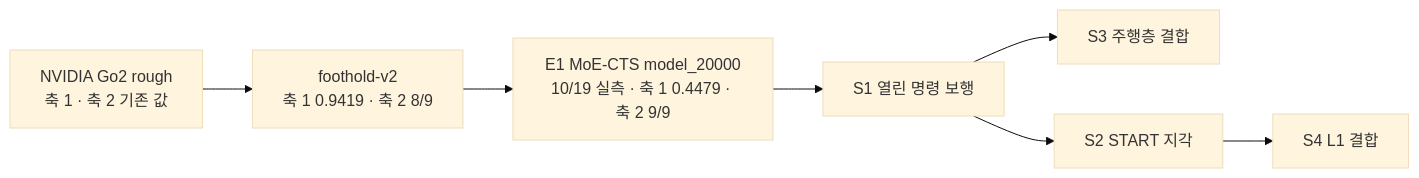
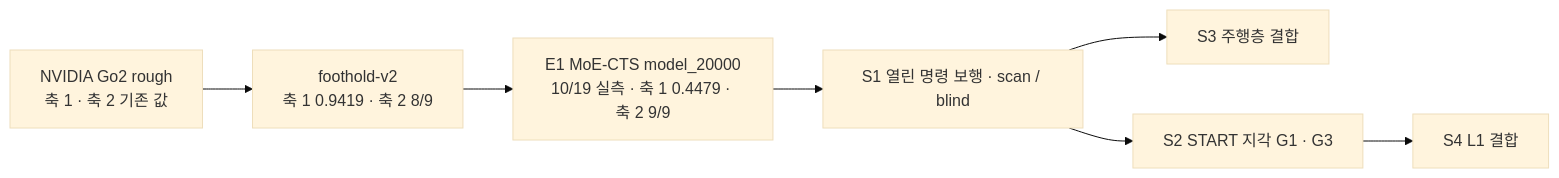
The diagram in inbox/jay/20261019-design/41-EVAL-AXES.md (foothold-project/foothold-lab), drawn with Mermaid (base theme) before and after one commit. The commit also changed other lines of this file and 25 other files, not shown here.

````diff
--- a/inbox/jay/20261019-design/41-EVAL-AXES.md
+++ b/inbox/jay/20261019-design/41-EVAL-AXES.md
@@ -11,9 +15,9 @@
 ```mermaid
 flowchart LR
   N[NVIDIA Go2 rough<br/>축 1 · 축 2 기존 값] --> V2[foothold-v2<br/>축 1 0.9419 · 축 2 8/9]
   V2 --> E1[E1 MoE-CTS model_20000<br/>10/19 실측 · 축 1 0.4479 · 축 2 9/9]
-  E1 --> S1[S1 열린 명령 보행]
+  E1 --> S1[S1 열린 명령 보행 · scan / blind]
   S1 --> S3[S3 주행층 결합]
-  S1 --> S2[S2 START 지각]
+  S1 --> S2[S2 START 지각 G1 · G3]
   S2 --> S4[S4 L1 결합]
 ```
````
